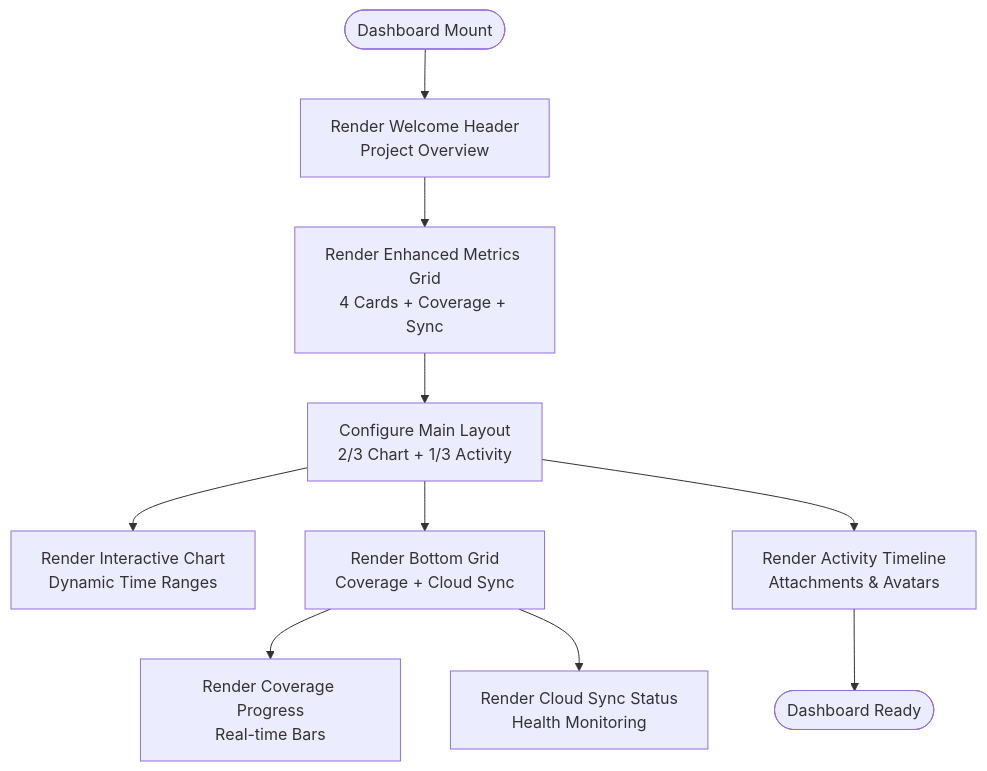
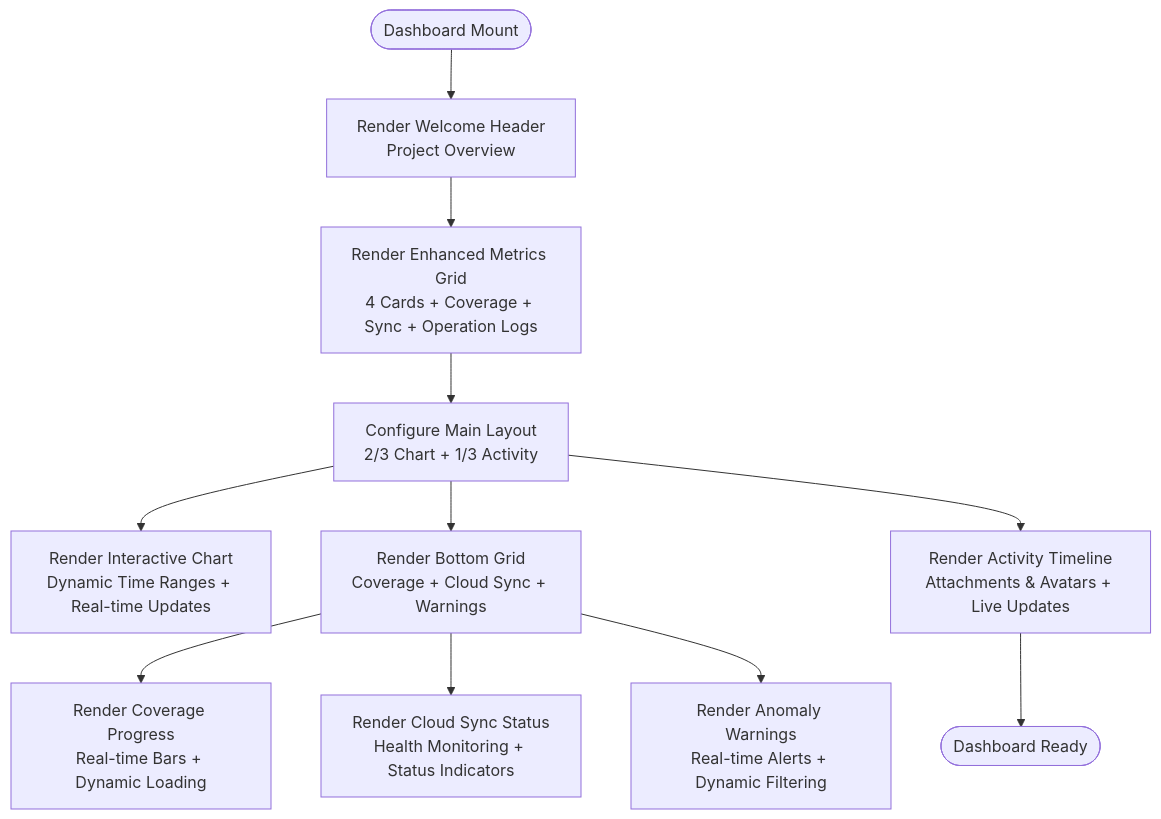
One commit to bo961386926/Survey-App changed the third of 4 diagrams in .qoder/repowiki/en/content/Desktop Admin Interface/Dashboard & Analytics.md. Above: the diagram before and after it, drawn with Mermaid. The commit also changed other lines of this file and 19 other files, not shown here.

````diff
--- a/.qoder/repowiki/en/content/Desktop Admin Interface/Dashboard & Analytics.md
+++ b/.qoder/repowiki/en/content/Desktop Admin Interface/Dashboard & Analytics.md
@@ -149,12 +156,13 @@
 ```mermaid
 flowchart TD
 Start(["Dashboard Mount"]) --> Header["Render Welcome Header<br/>Project Overview"]
-Header --> MetricsGrid["Render Enhanced Metrics Grid<br/>4 Cards + Coverage + Sync"]
+Header --> MetricsGrid["Render Enhanced Metrics Grid<br/>4 Cards + Coverage + Sync + Operation Logs"]
 MetricsGrid --> MainLayout["Configure Main Layout<br/>2/3 Chart + 1/3 Activity"]
-MainLayout --> ChartCard["Render Interactive Chart<br/>Dynamic Time Ranges"]
-MainLayout --> BottomGrid["Render Bottom Grid<br/>Coverage + Cloud Sync"]
-BottomGrid --> CoverageCard["Render Coverage Progress<br/>Real-time Bars"]
-BottomGrid --> CloudCard["Render Cloud Sync Status<br/>Health Monitoring"]
-MainLayout --> ActivityStream["Render Activity Timeline<br/>Attachments & Avatars"]
+MainLayout --> ChartCard["Render Interactive Chart<br/>Dynamic Time Ranges + Real-time Updates"]
+MainLayout --> BottomGrid["Render Bottom Grid<br/>Coverage + Cloud Sync + Warnings"]
+BottomGrid --> CoverageCard["Render Coverage Progress<br/>Real-time Bars + Dynamic Loading"]
+BottomGrid --> CloudCard["Render Cloud Sync Status<br/>Health Monitoring + Status Indicators"]
+BottomGrid --> WarningsCard["Render Anomaly Warnings<br/>Real-time Alerts + Dynamic Filtering"]
+MainLayout --> ActivityStream["Render Activity Timeline<br/>Attachments & Avatars + Live Updates"]
 ActivityStream --> End(["Dashboard Ready"])
 ```
````
